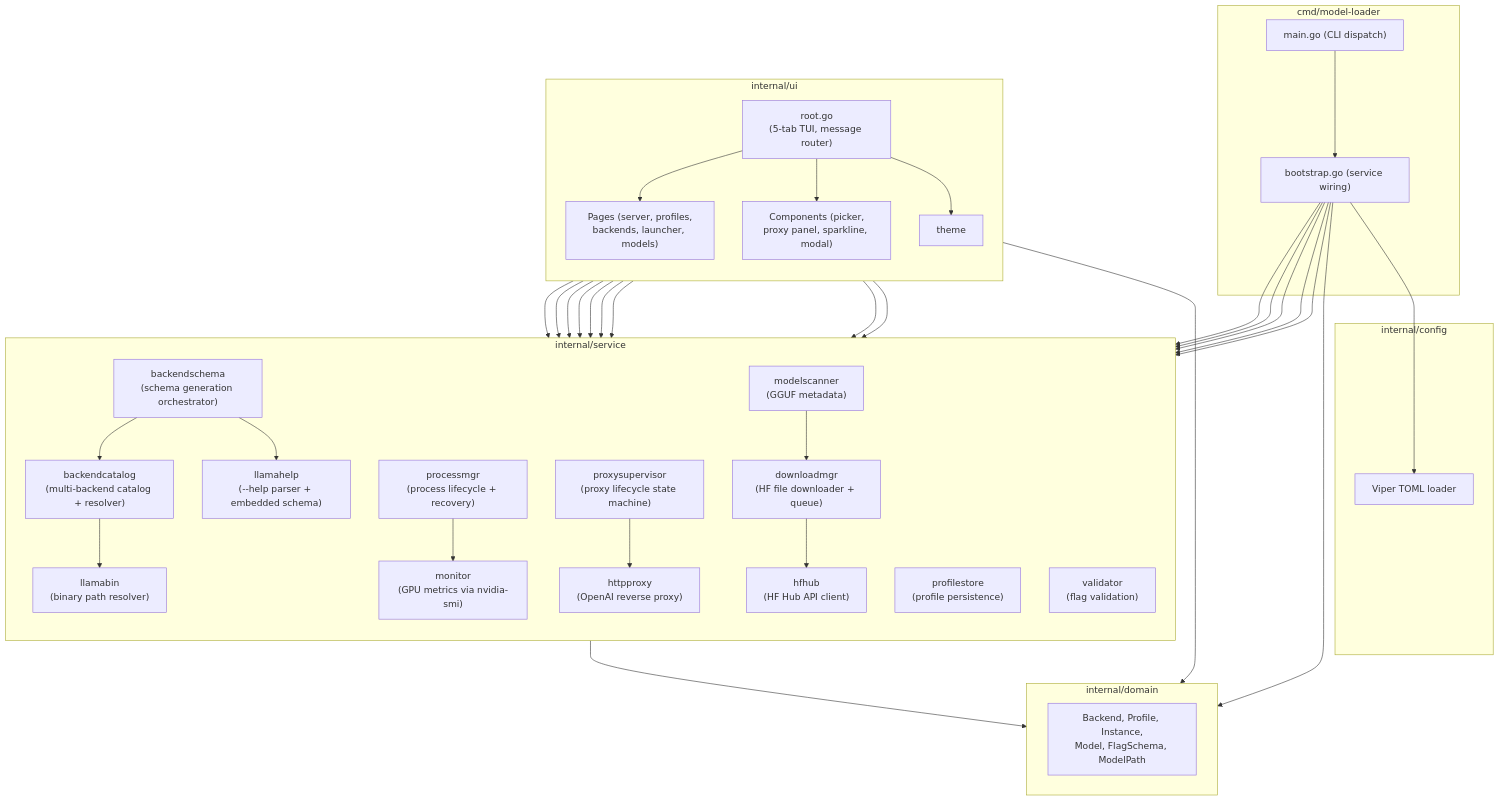
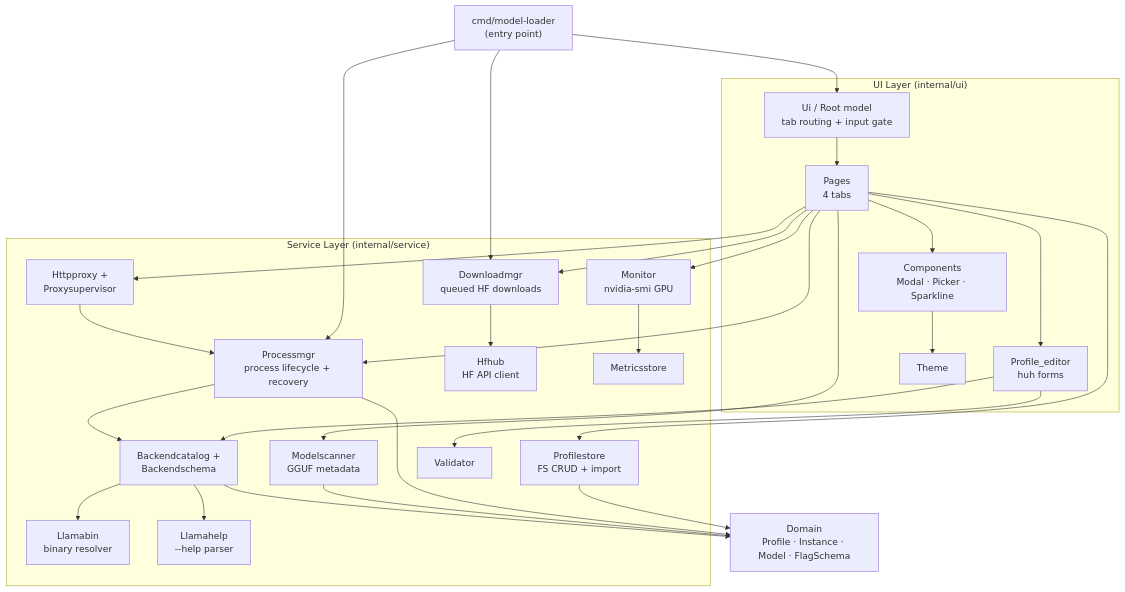
The diagram in ARCHITECTURE.md (quantmind-br/model-loader), drawn with Mermaid before and after one commit. The commit also changed other lines of this file and 1 other file, not shown here.

First line of the commit message:
docs(architecture): refresh gitnexus-generated documentation

````diff
--- a/ARCHITECTURE.md
+++ b/ARCHITECTURE.md
@@ -176,75 +84,59 @@
 ```mermaid
-graph TB
-    subgraph Entry["cmd/model-loader"]
-        main["main.go (CLI dispatch)"]
-        bootstrap["bootstrap.go (service wiring)"]
+graph TD
+    Main["cmd/model-loader<br/>(entry point)"]
+
+    subgraph UI["UI Layer (internal/ui)"]
+        Root["Ui / Root model<br/>tab routing + input gate"]
+        Pages["Pages<br/>4 tabs"]
+        Editor["Profile_editor<br/>huh forms"]
+        Components["Components<br/>Modal · Picker · Sparkline"]
+        Theme["Theme"]
     end
 
-    subgraph Config["internal/config"]
-        cfg["Viper TOML loader"]
+    subgraph Services["Service Layer (internal/service)"]
+        ProcMgr["Processmgr<br/>process lifecycle + recovery"]
+        ProfStore["Profilestore<br/>FS CRUD + import"]
+        DownloadMgr["Downloadmgr<br/>queued HF downloads"]
+        HfHub["Hfhub<br/>HF API client"]
+        ModelScan["Modelscanner<br/>GGUF metadata"]
+        Monitor["Monitor<br/>nvidia-smi GPU"]
+        Metrics["Metricsstore"]
+        Proxy["Httpproxy +<br/>Proxysupervisor"]
+        Catalog["Backendcatalog +<br/>Backendschema"]
+        LlamaBin["Llamabin<br/>binary resolver"]
+        LlamaHelp["Llamahelp<br/>--help parser"]
+        Validator["Validator"]
     end
 
-    subgraph Domain["internal/domain"]
-        d_types["Backend, Profile, Instance,<br/>Model, FlagSchema, ModelPath"]
-    end
+    Domain["Domain<br/>Profile · Instance · Model · FlagSchema"]
 
-    subgraph Service["internal/service"]
-        direction TB
-        bc["backendcatalog<br/>(multi-backend catalog + resolver)"]
-        bs["backendschema<br/>(schema generation orchestrator)"]
-        dm["downloadmgr<br/>(HF file downloader + queue)"]
-        hf["hfhub<br/>(HF Hub API client)"]
-        hp["httpproxy<br/>(OpenAI reverse proxy)"]
-        lh["llamahelp<br/>(--help parser + embedded schema)"]
-        lb["llamabin<br/>(binary path resolver)"]
-        ps["proxysupervisor<br/>(proxy lifecycle state machine)"]
-        pm["processmgr<br/>(process lifecycle + recovery)"]
-        pstore["profilestore<br/>(profile persistence)"]
-        val["validator<br/>(flag validation)"]
-        ms["modelscanner<br/>(GGUF metadata)"]
-        mon["monitor<br/>(GPU metrics via nvidia-smi)"]
-    end
+    Main --> Root
+    Main --> DownloadMgr
+    Main --> ProcMgr
 
-    subgraph UI["internal/ui"]
-        direction TB
-        root["root.go<br/>(5-tab TUI, message router)"]
-        pages["Pages (server, profiles,<br/>backends, launcher, models)"]
-        comps["Components (picker,<br/>proxy panel, sparkline, modal)"]
-        theme["theme"]
-    end
+    Root --> Pages
+    Pages --> Editor
+    Pages --> Components
+    Components --> Theme
 
-    main --> bootstrap
-    bootstrap --> cfg
-    bootstrap --> bc
-    bootstrap --> bs
-    bootstrap --> pstore
-    bootstrap --> pm
-    bootstrap --> val
+    Pages --> ProfStore
+    Pages --> DownloadMgr
+    Pages --> ModelScan
+    Pages --> ProcMgr
+    Pages --> Monitor
+    Pages --> Proxy
+    Monitor --> Metrics
 
-    bc --> lb
-    bs --> lh
-    bs --> bc
+    Editor --> Validator
+    Editor --> Catalog
+    DownloadMgr --> HfHub
+    ProcMgr --> Catalog
+    Catalog --> LlamaBin
+    Catalog --> LlamaHelp
+    Proxy --> ProcMgr
 
-    pages --> dm
-    pages --> hf
-    pages --> pstore
-    pages --> pm
-    pages --> hp
-    pages --> bc
-    pages --> bs
-    pages --> val
-    pages --> mon
-
-    root --> pages
-    root --> comps
-    root --> theme
-
-    pm --> mon
-    ps --> hp
-    dm --> hf
-    ms --> dm
-
-    Service --> Domain
-    UI --> Domain
-    bootstrap --> Domain
+    ProfStore --> Domain
+    ProcMgr --> Domain
+    ModelScan --> Domain
+    Catalog --> Domain
 ```
````
